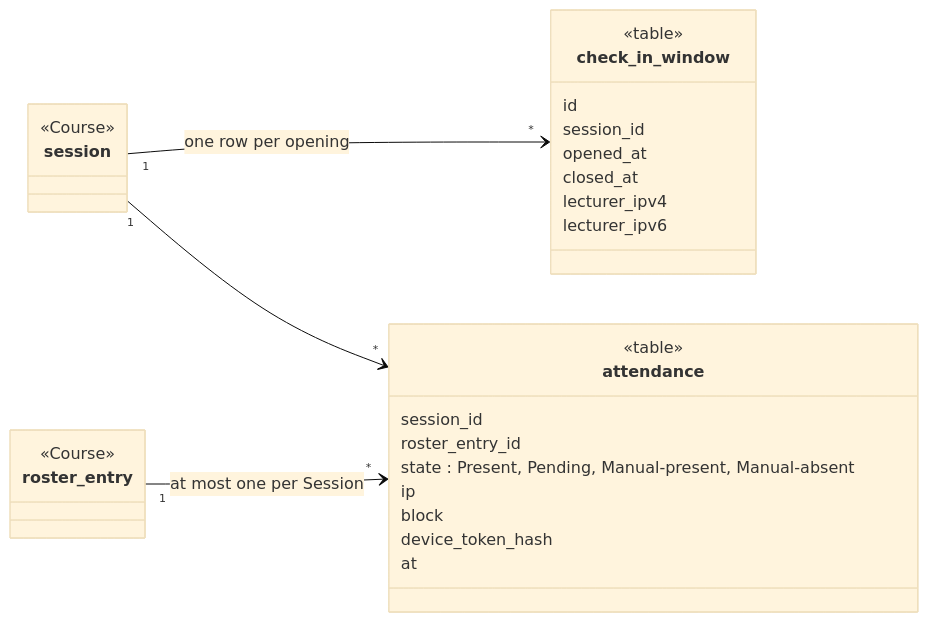
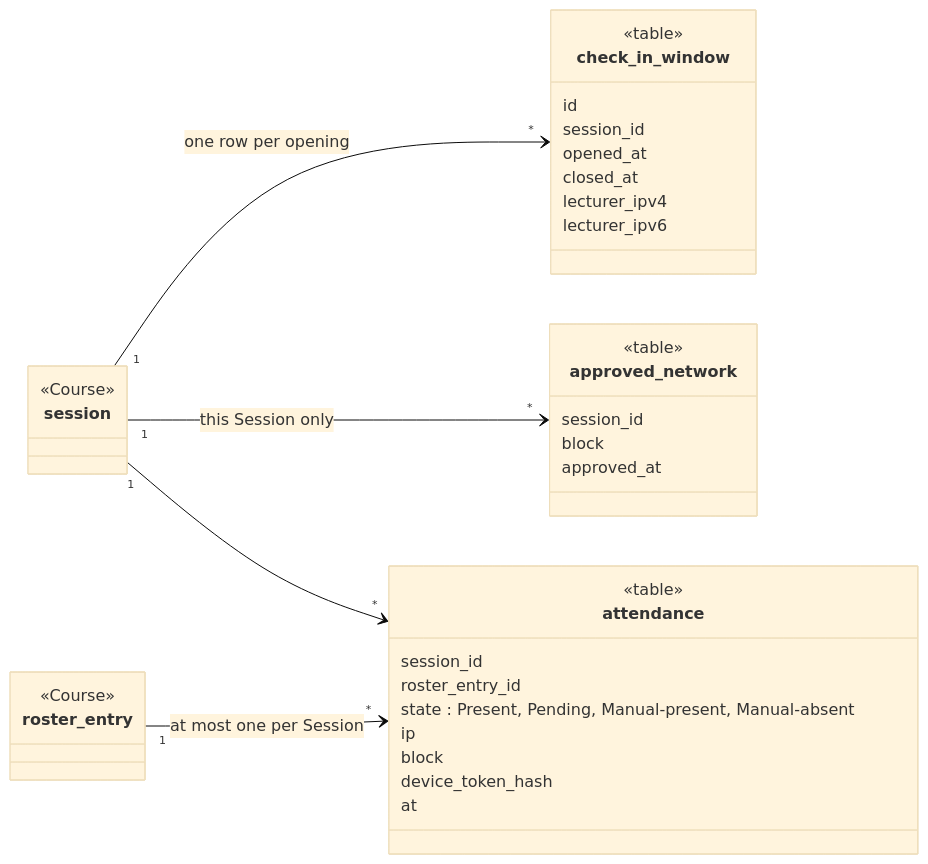
Before and after one commit to ofeq-dev/class-connect: the third of 7 diagrams in docs/diagrams/class-diagram.md, drawn with Mermaid (base theme). The commit also changed other lines of this file and 4 other files, not shown here.

First line of the commit message:
Make Network approval manual and per-Session (ADR 0001 amended)

````diff
--- a/docs/diagrams/class-diagram.md
+++ b/docs/diagrams/class-diagram.md
@@ -218,32 +205,39 @@
 ```mermaid
 classDiagram
   direction LR
   class session {
     <<Course>>
   }
   class roster_entry {
     <<Course>>
   }
   class check_in_window {
     <<table>>
     id
     session_id
     opened_at
     closed_at
     lecturer_ipv4
     lecturer_ipv6
   }
   class attendance {
     <<table>>
     session_id
     roster_entry_id
     state : Present, Pending, Manual-present, Manual-absent
     ip
     block
     device_token_hash
     at
   }
+  class approved_network {
+    <<table>>
+    session_id
+    block
+    approved_at
+  }
   session "1" --> "*" check_in_window : one row per opening
+  session "1" --> "*" approved_network : this Session only
   session "1" --> "*" attendance
   roster_entry "1" --> "*" attendance : at most one per Session
 ```
````
